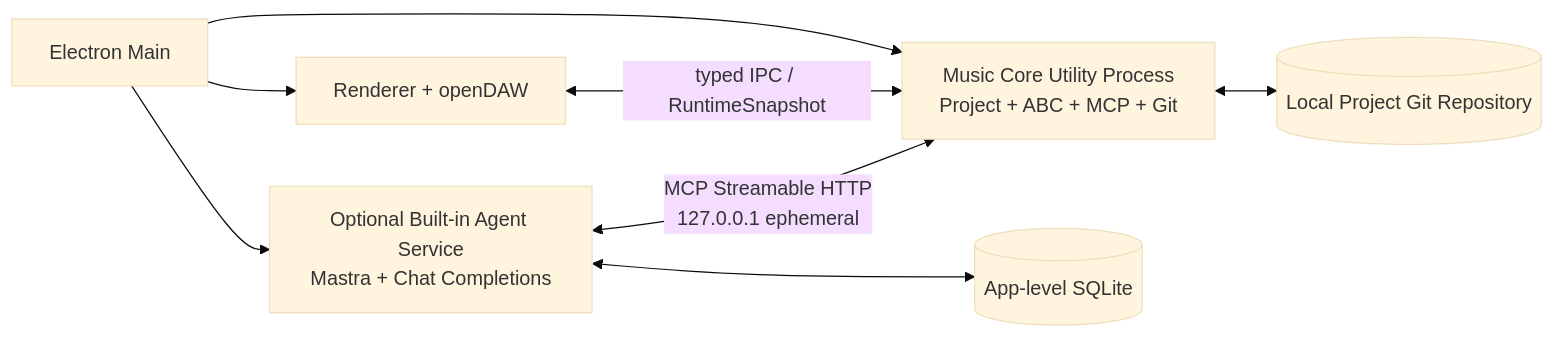
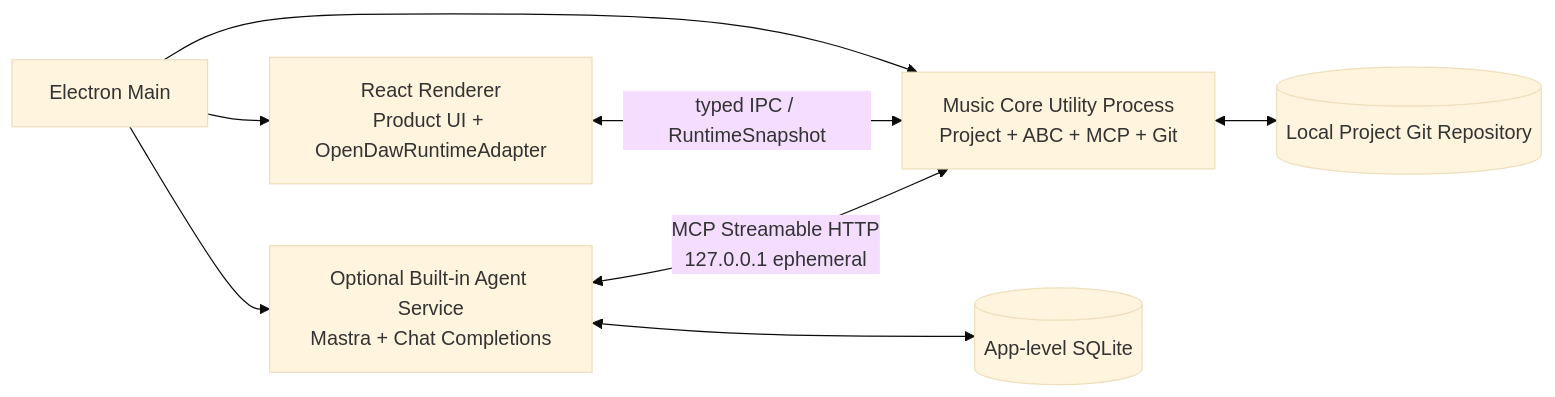
One commit to 10000-C/Music-Harness changed the diagram in docs/architecture/Agent Music Workstation System Architecture.md. Above: the diagram before and after it, drawn with Mermaid (base theme). The commit also changed other lines of this file and 3 other files, not shown here.

````diff
--- a/docs/architecture/Agent Music Workstation System Architecture.md
+++ b/docs/architecture/Agent Music Workstation System Architecture.md
@@ -126,17 +128,17 @@
 ```mermaid
 flowchart LR
     MAIN[Electron Main]
-    RENDERER[Renderer + openDAW]
+    RENDERER[React Renderer<br/>Product UI + OpenDawRuntimeAdapter]
     CORE[Music Core Utility Process\nProject + ABC + MCP + Git]
     AGENT[Optional Built-in Agent Service\nMastra + Chat Completions]
     DB[(App-level SQLite)]
     FS[(Local Project Git Repository)]
 
     MAIN --> RENDERER
     MAIN --> CORE
     MAIN --> AGENT
     RENDERER <-->|typed IPC / RuntimeSnapshot| CORE
     AGENT <-->|MCP Streamable HTTP\n127.0.0.1 ephemeral| CORE
     AGENT <--> DB
     CORE <--> FS
 ```
````
